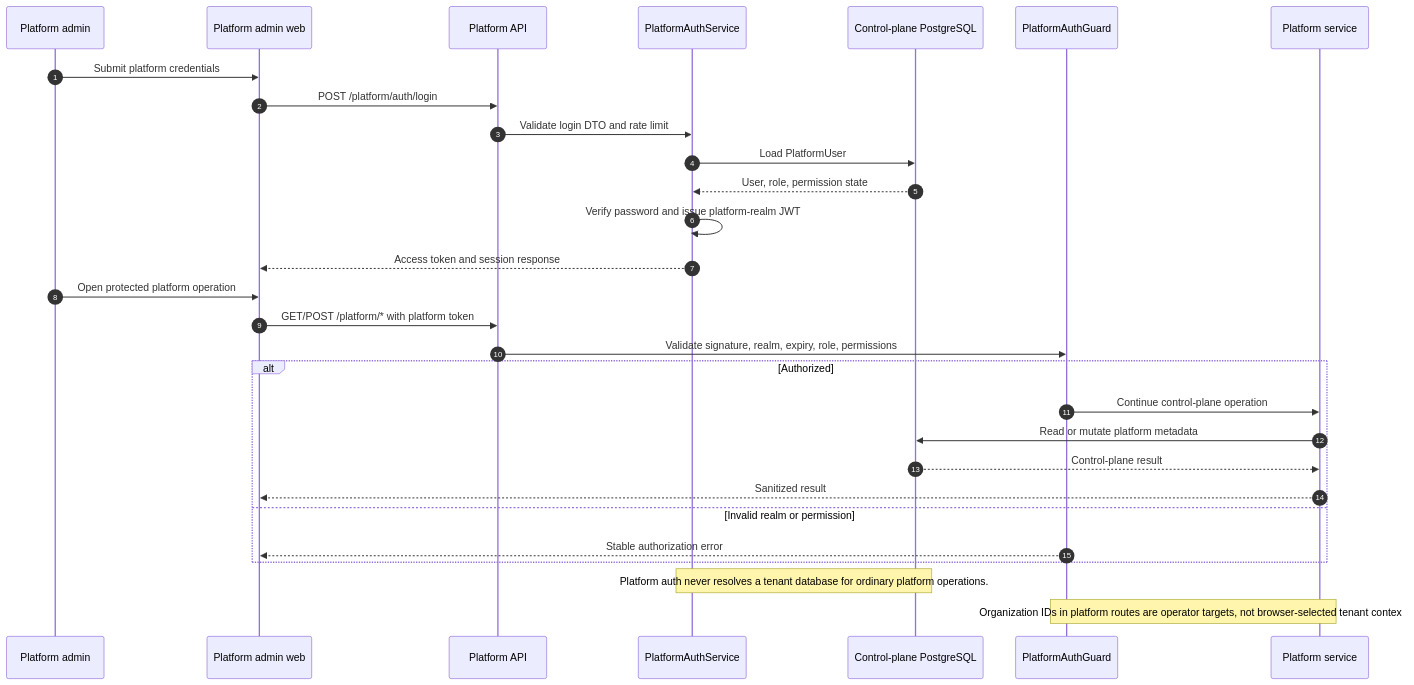
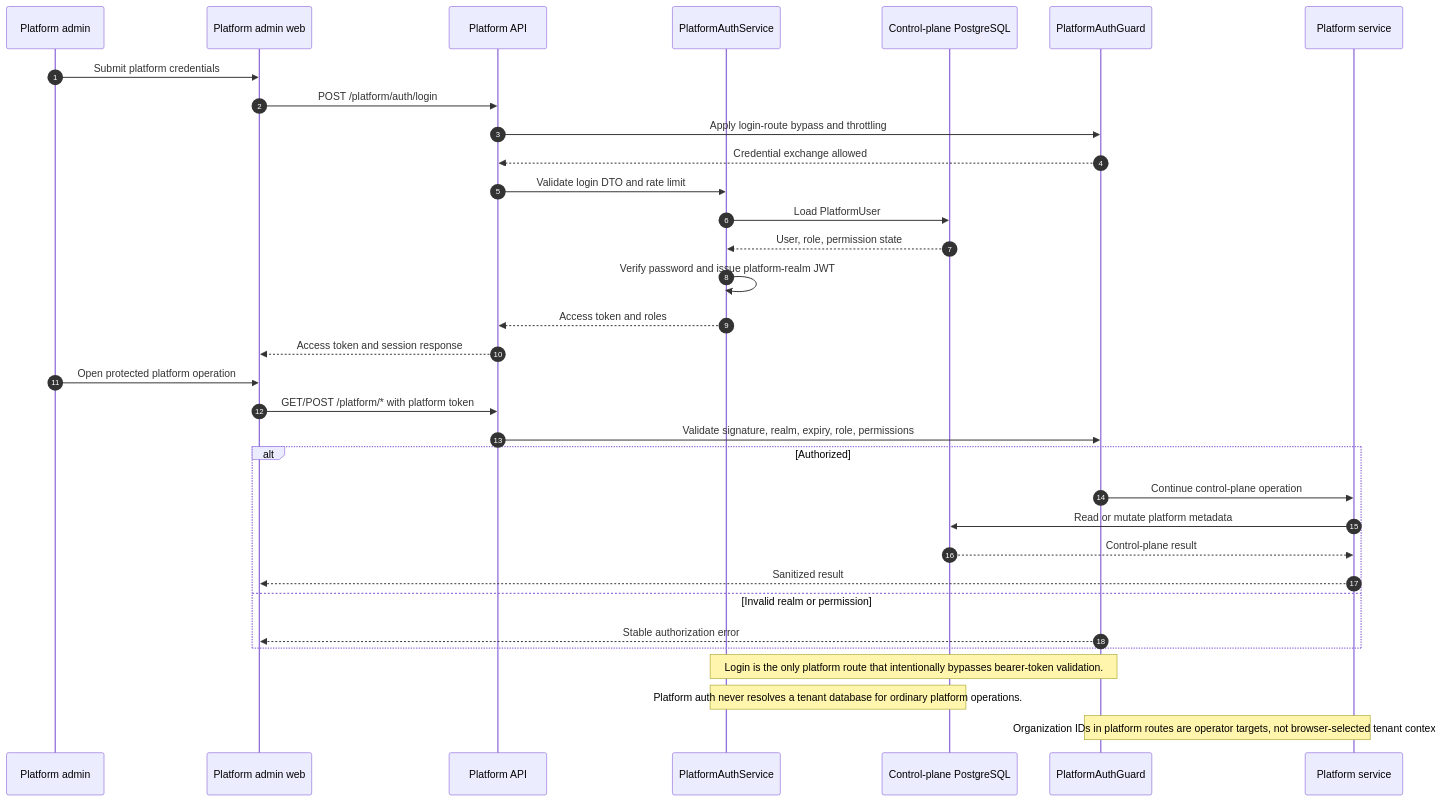
One commit to MohammadSheakh/ferio-e-commerce changed the diagram in e-com-nextjs/diagram/10-platform-admin-authentication.mmd. Above: the diagram before and after it, drawn with Mermaid. The commit also changed 18 other files, not shown here.

First line of the commit message:
docs(diagram): correct flow boundaries and response paths

```diff
--- a/e-com-nextjs/diagram/10-platform-admin-authentication.mmd
+++ b/e-com-nextjs/diagram/10-platform-admin-authentication.mmd
@@ -1,33 +1,37 @@
 %% Platform-admin authentication and control-plane authorization
 sequenceDiagram
     autonumber
     participant Operator as Platform admin
     participant Web as Platform admin web
     participant API as Platform API
     participant Auth as PlatformAuthService
     participant DB as Control-plane PostgreSQL
     participant Guard as PlatformAuthGuard
     participant Service as Platform service
 
     Operator->>Web: Submit platform credentials
     Web->>API: POST /platform/auth/login
+    API->>Guard: Apply login-route bypass and throttling
+    Guard-->>API: Credential exchange allowed
     API->>Auth: Validate login DTO and rate limit
     Auth->>DB: Load PlatformUser
     DB-->>Auth: User, role, permission state
     Auth->>Auth: Verify password and issue platform-realm JWT
-    Auth-->>Web: Access token and session response
+    Auth-->>API: Access token and roles
+    API-->>Web: Access token and session response
 
     Operator->>Web: Open protected platform operation
     Web->>API: GET/POST /platform/* with platform token
     API->>Guard: Validate signature, realm, expiry, role, permissions
     alt Authorized
         Guard->>Service: Continue control-plane operation
         Service->>DB: Read or mutate platform metadata
         DB-->>Service: Control-plane result
         Service-->>Web: Sanitized result
     else Invalid realm or permission
         Guard-->>Web: Stable authorization error
     end
 
+    Note over Guard,Auth: Login is the only platform route that intentionally bypasses bearer-token validation.
     Note over Auth,DB: Platform auth never resolves a tenant database for ordinary platform operations.
     Note over Guard,Service: Organization IDs in platform routes are operator targets, not browser-selected tenant context.
```
